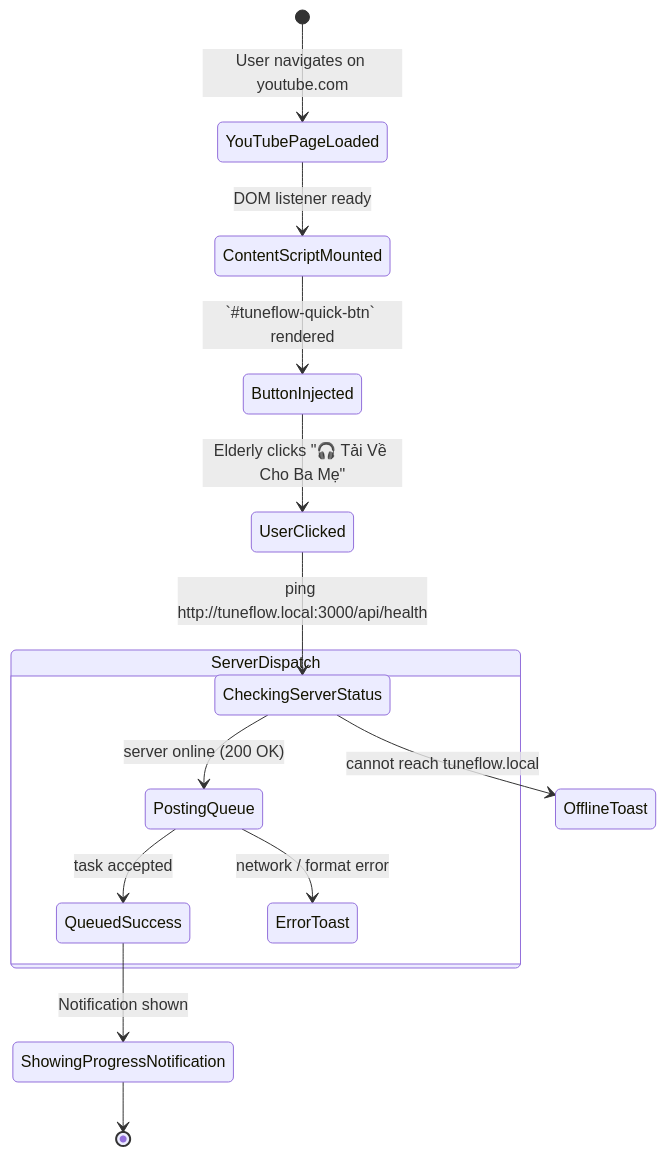
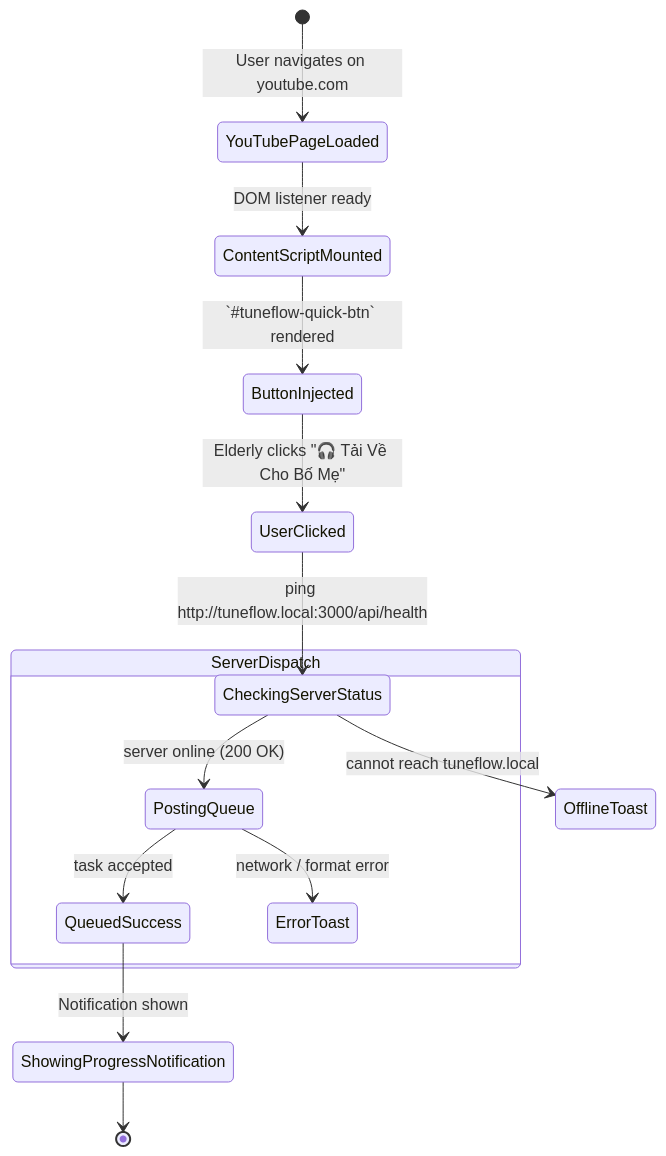
The diagram in docs/fsm/FSM-Phase6-Browser-Extension.md (tamld/tuneflow), drawn with Mermaid before and after one commit. The commit also changed 50 other files, not shown here.

````diff
--- a/docs/fsm/FSM-Phase6-Browser-Extension.md
+++ b/docs/fsm/FSM-Phase6-Browser-Extension.md
@@ -3,20 +3,20 @@
 ```mermaid
 stateDiagram-v2
     [*] --> YouTubePageLoaded: User navigates on youtube.com
     YouTubePageLoaded --> ContentScriptMounted: DOM listener ready
     ContentScriptMounted --> ButtonInjected: `#tuneflow-quick-btn` rendered
     
-    ButtonInjected --> UserClicked: Elderly clicks "🎧 Tải Về Cho Ba Mẹ"
+    ButtonInjected --> UserClicked: Elderly clicks "🎧 Tải Về Cho Bố Mẹ"
     UserClicked --> CheckingServerStatus: ping http://tuneflow.local:3000/api/health
     
     state ServerDispatch {
         CheckingServerStatus --> PostingQueue: server online (200 OK)
         PostingQueue --> QueuedSuccess: task accepted
         PostingQueue --> ErrorToast: network / format error
     }
     
     CheckingServerStatus --> OfflineToast: cannot reach tuneflow.local
     
     QueuedSuccess --> ShowingProgressNotification: Notification shown
     ShowingProgressNotification --> [*]
 ```
````
